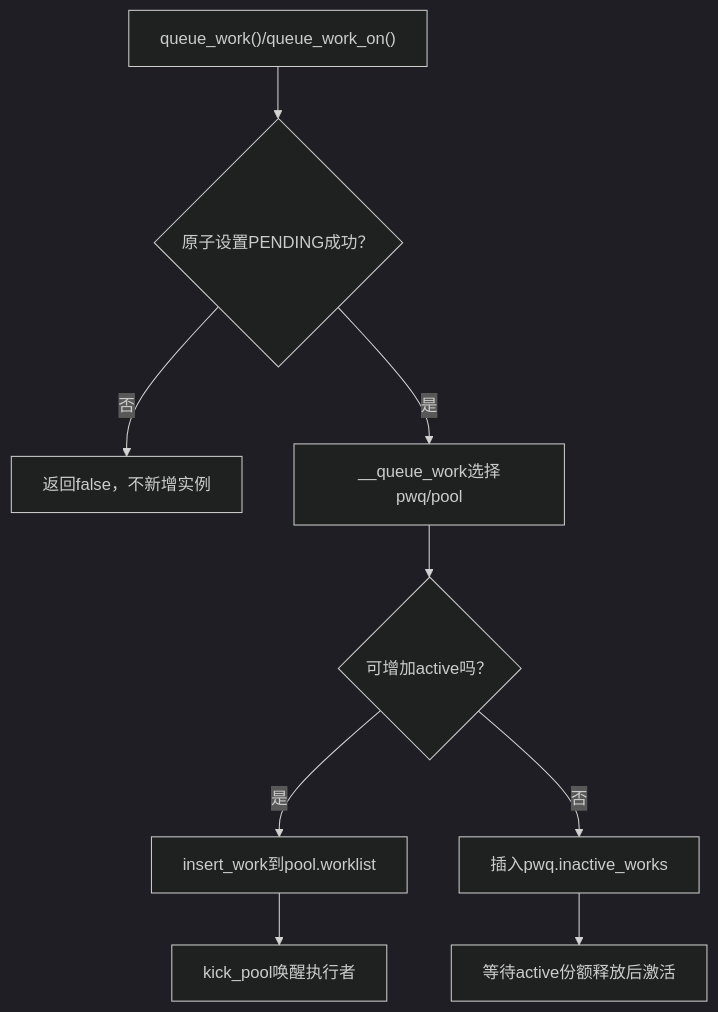
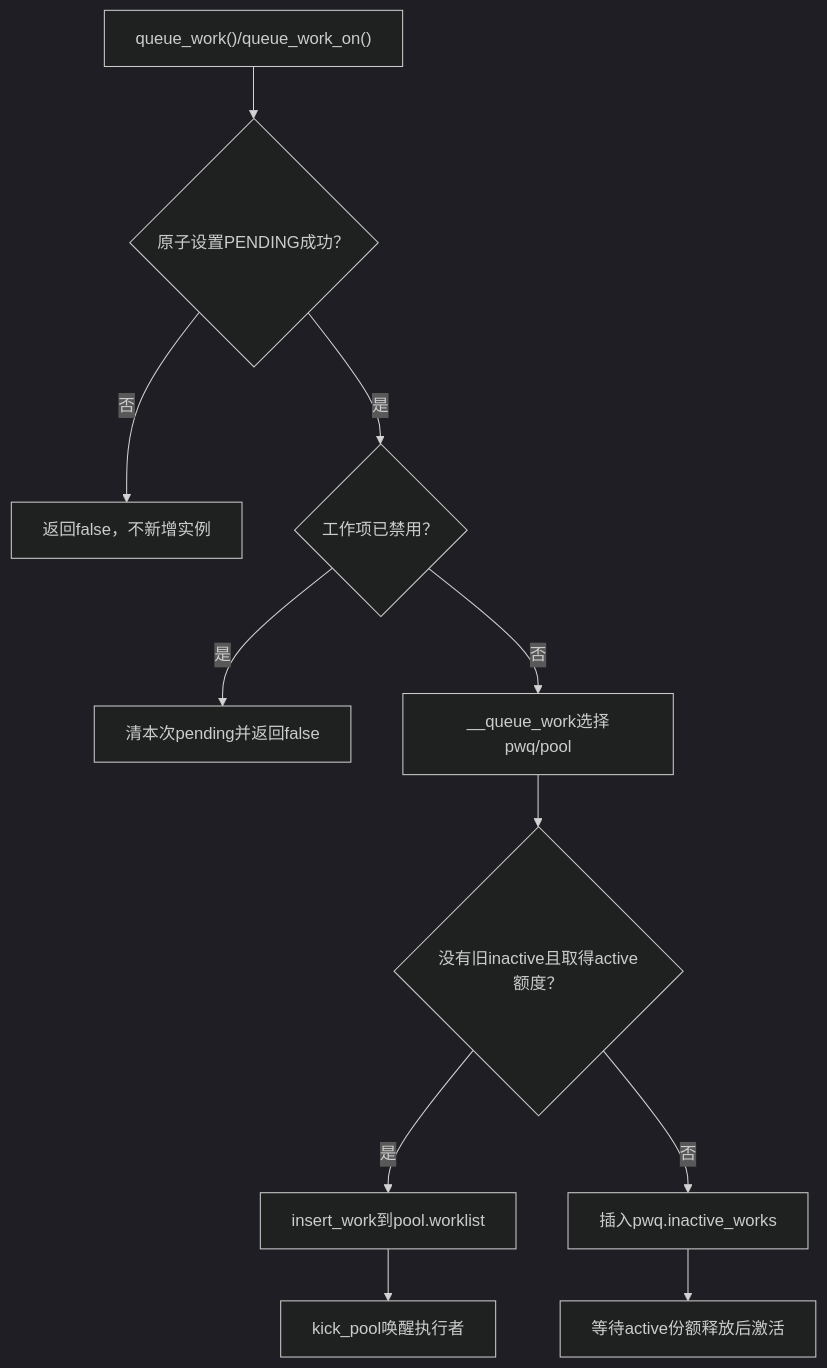
One commit to FormingSystem/linux_note changed the first of 2 diagrams in knowledge/linux/synchronization_and_asynchrony/asynchrony/workqueue/P04_work投递激活与pending合并.md. Above: the diagram before and after it, drawn with Mermaid (dark theme). The commit also changed other lines of this file and 10 other files, not shown here.

````diff
--- a/knowledge/linux/synchronization_and_asynchrony/asynchrony/workqueue/P04_work投递激活与pending合并.md
+++ b/knowledge/linux/synchronization_and_asynchrony/asynchrony/workqueue/P04_work投递激活与pending合并.md
@@ -20,11 +22,13 @@
 ```mermaid
 flowchart TD
     A["queue_work()/queue_work_on()"] --> B{"原子设置PENDING成功？"}
     B -->|"否"| C["返回false，不新增实例"]
-    B -->|"是"| D["__queue_work选择pwq/pool"]
-    D --> E{"可增加active吗？"}
+    B -->|"是"| X{"工作项已禁用？"}
+    X -->|"是"| Y["清本次pending并返回false"]
+    X -->|"否"| D["__queue_work选择pwq/pool"]
+    D --> E{"没有旧inactive且取得active额度？"}
     E -->|"是"| F["insert_work到pool.worklist"]
     E -->|"否"| G["插入pwq.inactive_works"]
     F --> H["kick_pool唤醒执行者"]
     G --> I["等待active份额释放后激活"]
 ```
````
